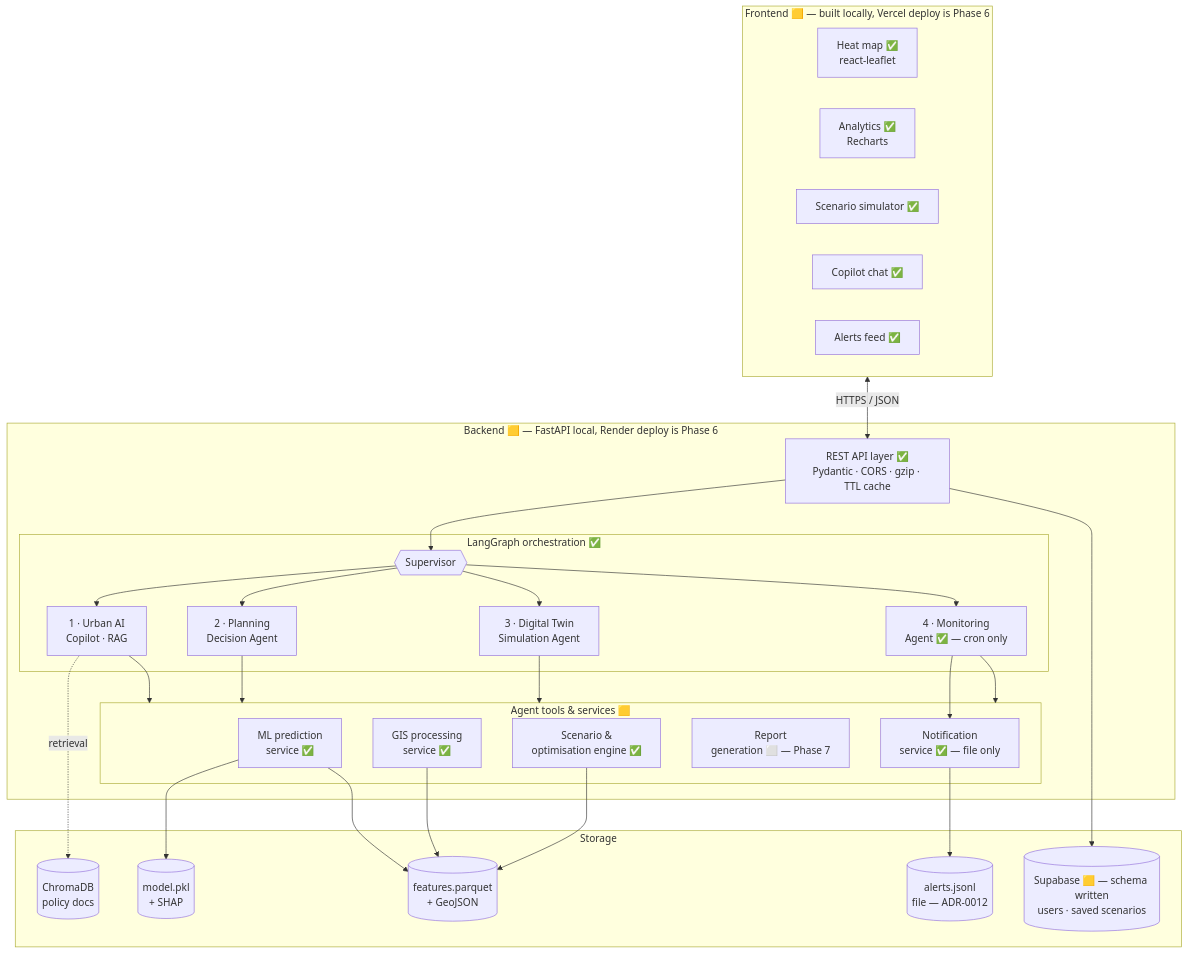
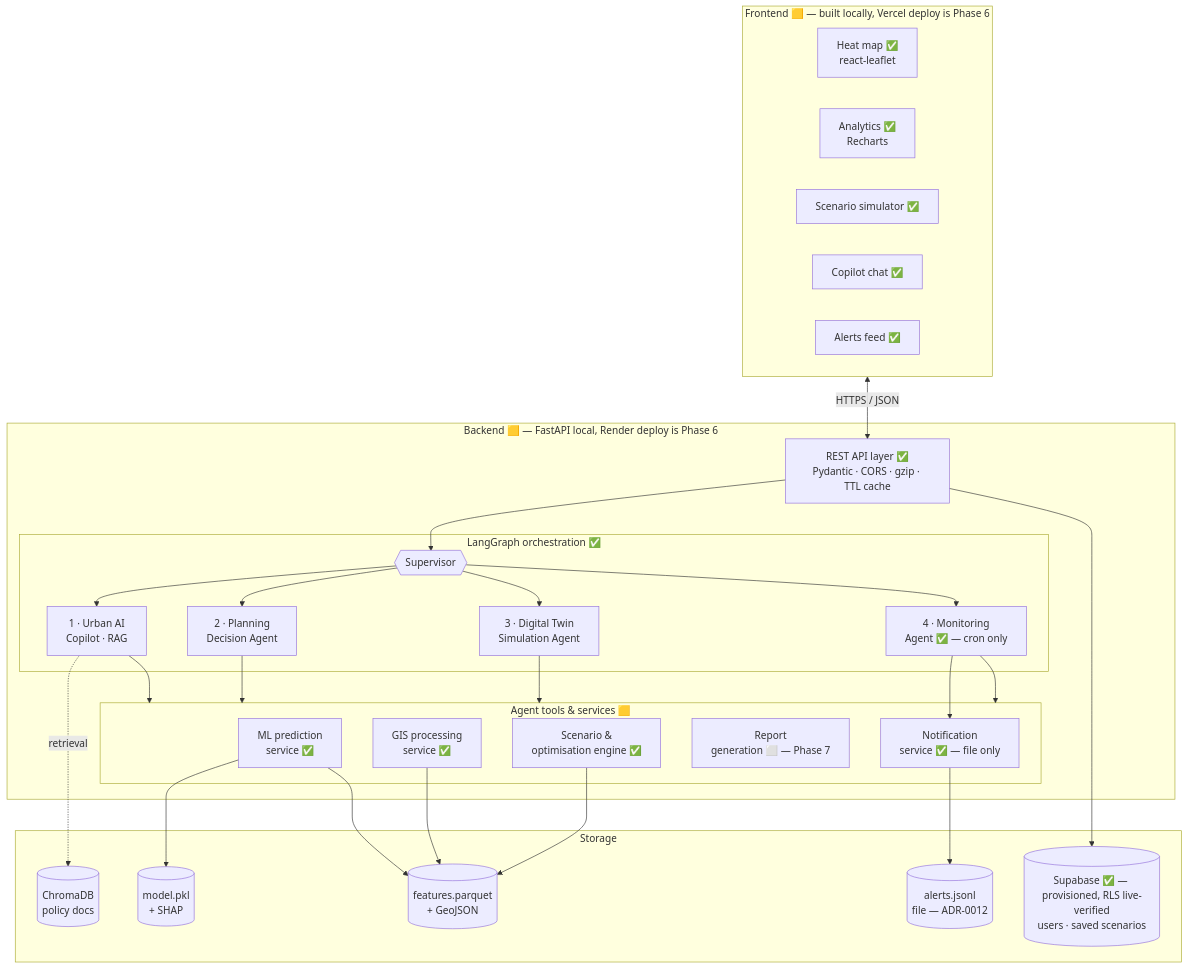
The second of 5 diagrams in docs/architecture.md (DevGurav/urbanheat-mumbai), drawn with Mermaid before and after one commit. The commit also changed other lines of this file and 11 other files, not shown here.

````diff
--- a/docs/architecture.md
+++ b/docs/architecture.md
@@ -43,49 +45,49 @@
 ```mermaid
 flowchart TB
     subgraph FE["Frontend 🟨 — built locally, Vercel deploy is Phase 6"]
         direction LR
         MAP[Heat map ✅<br/>react-leaflet]
         AN[Analytics ✅<br/>Recharts]
         SIM[Scenario simulator ✅]
         CHAT[Copilot chat ✅]
         ALR[Alerts feed ✅]
     end
 
     subgraph BE["Backend 🟨 — FastAPI local, Render deploy is Phase 6"]
         API[REST API layer ✅<br/>Pydantic · CORS · gzip · TTL cache]
 
         subgraph AG["LangGraph orchestration ✅"]
             SUP{{Supervisor}}
             A1[1 · Urban AI<br/>Copilot · RAG]
             A2[2 · Planning<br/>Decision Agent]
             A3[3 · Digital Twin<br/>Simulation Agent]
             A4[4 · Monitoring<br/>Agent ✅ — cron only]
         end
 
         subgraph SVC["Agent tools & services 🟨"]
             MLS[ML prediction<br/>service ✅]
             GIS[GIS processing<br/>service ✅]
             SCN[Scenario &<br/>optimisation engine ✅]
             RPT[Report<br/>generation ⬜ — Phase 7]
             NTF[Notification<br/>service ✅ — file only]
         end
     end
 
     subgraph ST["Storage"]
         FEAT[(features.parquet<br/>+ GeoJSON)]
         MDL[(model.pkl<br/>+ SHAP)]
         VEC[(ChromaDB<br/>policy docs)]
         ALOG[(alerts.jsonl<br/>file — ADR-0012)]
-        SUPA[(Supabase 🟨 — schema written<br/>users · saved scenarios)]
+        SUPA[(Supabase ✅ — provisioned, RLS live-verified<br/>users · saved scenarios)]
     end
 
     FE <-->|HTTPS / JSON| API
     API --> SUP
     SUP --> A1 & A2 & A3 & A4
     A1 & A2 & A3 & A4 --> SVC
     A1 -.retrieval.-> VEC
     MLS --> MDL
     MLS & GIS & SCN --> FEAT
     A4 --> NTF --> ALOG
     API --> SUPA
 ```
````
